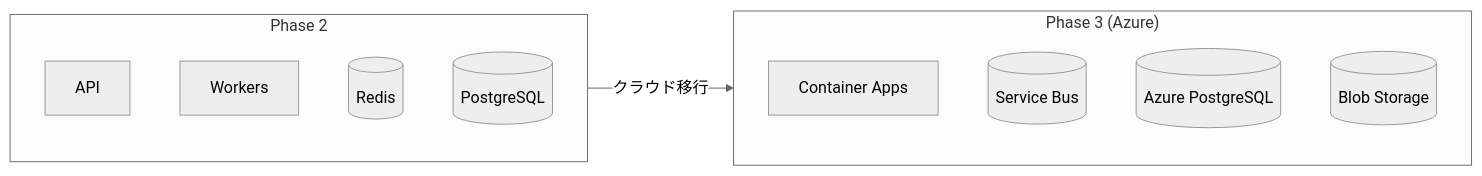
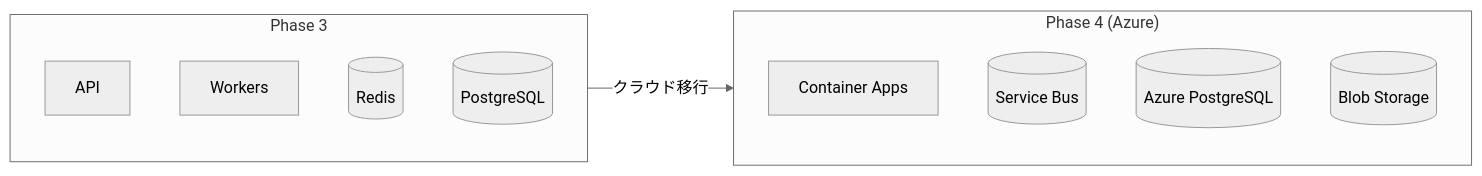
Before and after one commit to hampen2929/zloth: diagram 18 of 18 in docs/architecture-v2.md, drawn with Mermaid (neutral theme). The commit also changed other lines of this file, not shown here.

````diff
--- a/docs/architecture-v2.md
+++ b/docs/architecture-v2.md
@@ -835,18 +959,18 @@
 ```mermaid
 flowchart LR
-    subgraph Phase2["Phase 2"]
+    subgraph Phase3["Phase 3"]
         API1[API]
         Workers1[Workers]
         Redis1[(Redis)]
         PG1[(PostgreSQL)]
     end
 
-    subgraph Phase3["Phase 3 (Azure)"]
+    subgraph Phase4["Phase 4 (Azure)"]
         ContainerApps[Container Apps]
         ServiceBus[(Service Bus)]
         AzurePG[(Azure PostgreSQL)]
         Blob[(Blob Storage)]
     end
 
-    Phase2 -->|クラウド移行| Phase3
+    Phase3 -->|クラウド移行| Phase4
 ```
````
